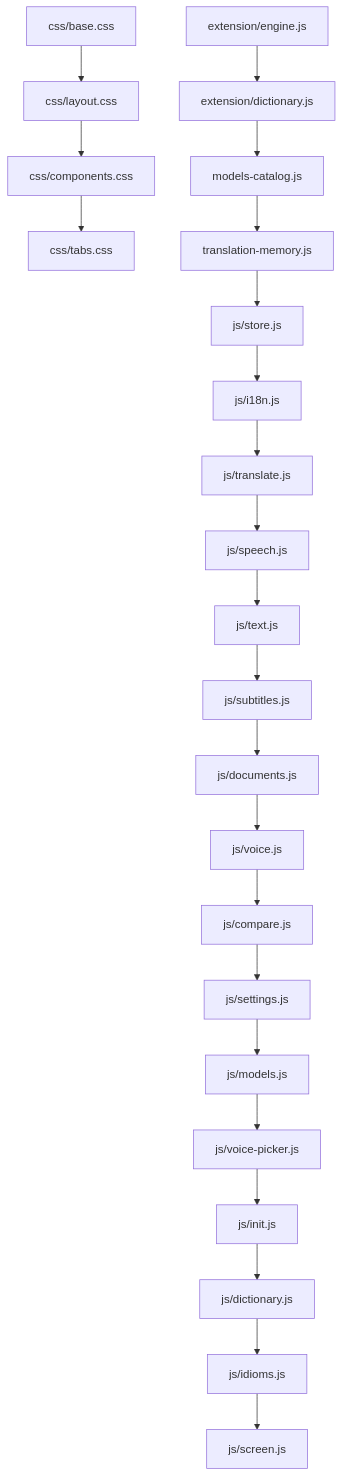
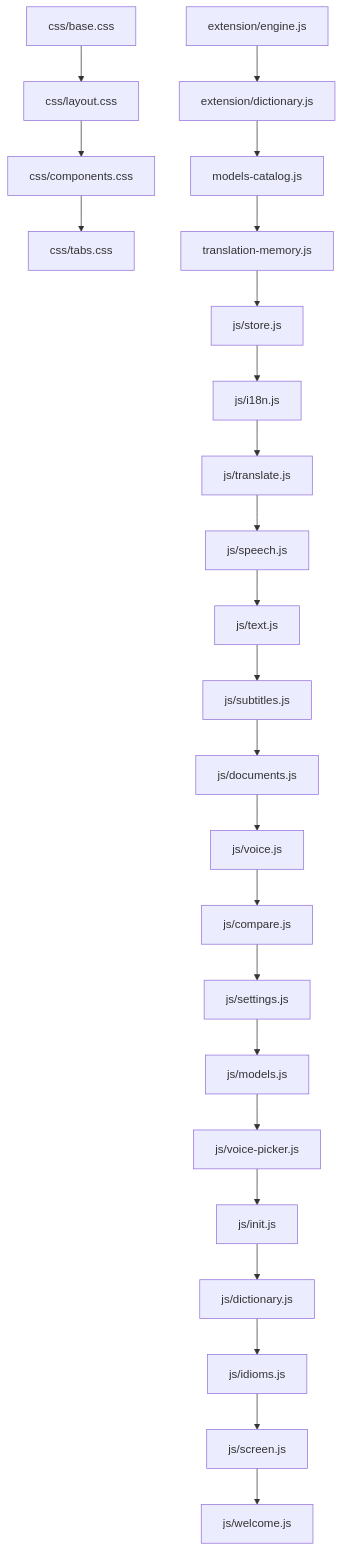
One commit to makan20042002/translator changed the diagram in docs/CODE_MAP.md. Above: the diagram before and after it, drawn with Mermaid. The commit also changed other lines of this file and 7 other files, not shown here.

````diff
--- a/docs/CODE_MAP.md
+++ b/docs/CODE_MAP.md
@@ -82,27 +83,28 @@
 ```mermaid
 graph TD
     css_base["css/base.css"] --> css_layout["css/layout.css"]
     css_layout --> css_components["css/components.css"]
     css_components --> css_tabs["css/tabs.css"]
 
     ext_engine["extension/engine.js"] --> ext_dict["extension/dictionary.js"]
     ext_dict --> models_cat["models-catalog.js"]
     models_cat --> tm["translation-memory.js"]
 
     tm --> js_store["js/store.js"]
     js_store --> js_i18n["js/i18n.js"]
     js_i18n --> js_translate["js/translate.js"]
     js_translate --> js_speech["js/speech.js"]
     js_speech --> js_text["js/text.js"]
     js_text --> js_subtitles["js/subtitles.js"]
     js_subtitles --> js_documents["js/documents.js"]
     js_documents --> js_voice["js/voice.js"]
     js_voice --> js_compare["js/compare.js"]
     js_compare --> js_settings["js/settings.js"]
     js_settings --> js_models["js/models.js"]
     js_models --> js_voice_picker["js/voice-picker.js"]
     js_voice_picker --> js_init["js/init.js"]
     js_init --> js_dictionary["js/dictionary.js"]
     js_dictionary --> js_idioms["js/idioms.js"]
     js_idioms --> js_screen["js/screen.js"]
+    js_screen --> js_welcome["js/welcome.js"]
 ```
````
